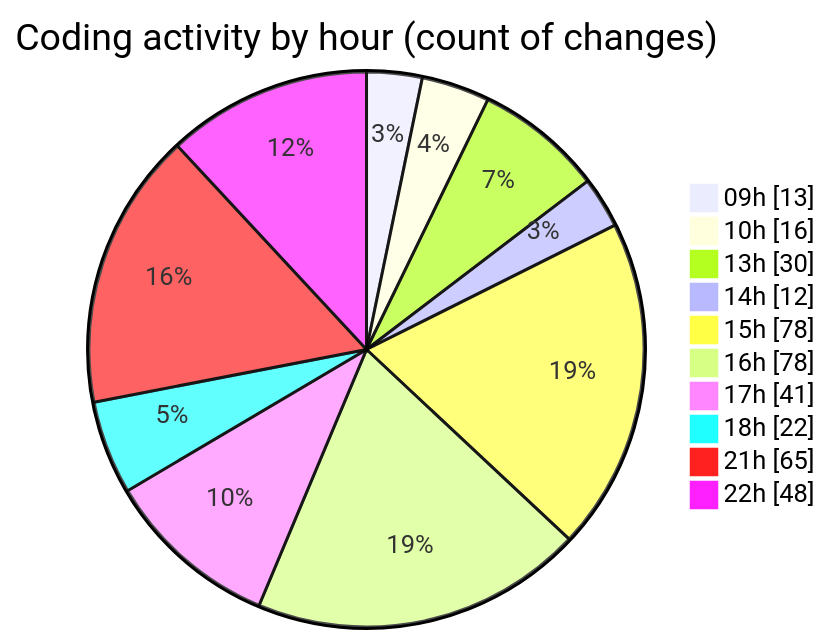
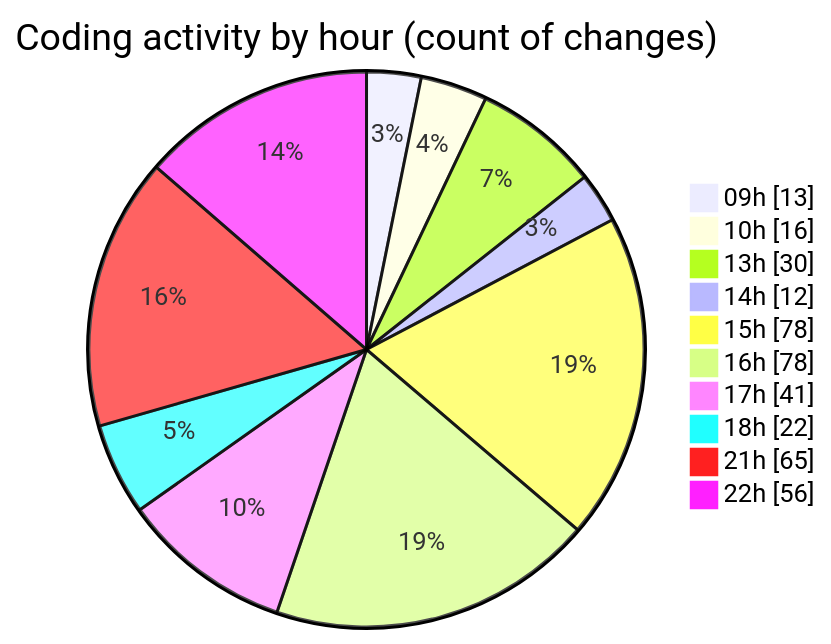
One commit to momahboobian/code-tracking changed the second of 2 diagrams in 2025-03-31/cda/README.md. Above: the diagram before and after it, drawn with Mermaid. The commit also changed other lines of this file and 1 other file, not shown here.

````diff
--- a/2025-03-31/cda/README.md
+++ b/2025-03-31/cda/README.md
@@ -50,14 +50,14 @@
 ```mermaid
 pie showData
 title Coding activity by hour (count of changes)
 "09h" : 13
 "10h" : 16
 "13h" : 30
 "14h" : 12
 "15h" : 78
 "16h" : 78
 "17h" : 41
 "18h" : 22
 "21h" : 65
-"22h" : 48
+"22h" : 56
 ```
````
